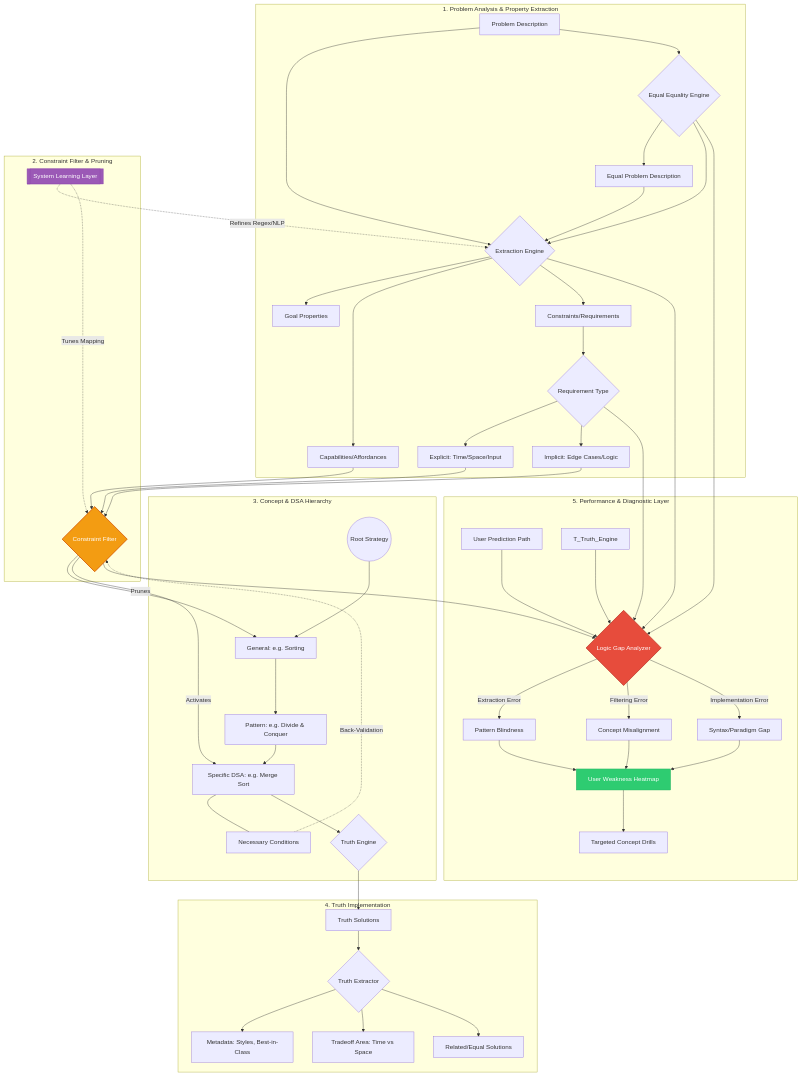
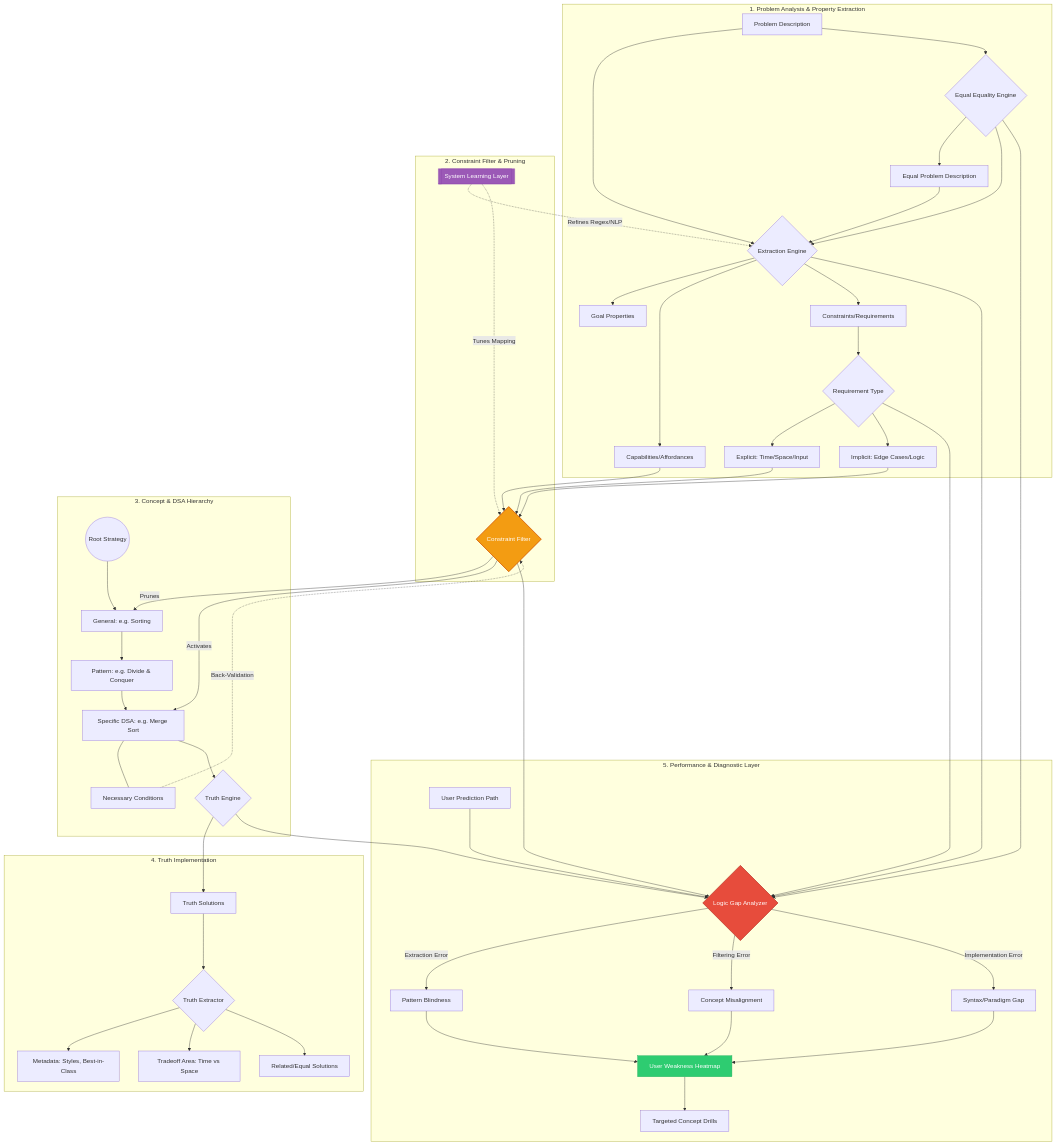
One commit to tbrumbaugh5396/another_code_trainer changed the diagram in README.md. Above: the diagram before and after it, drawn with Mermaid. The commit also changed 1 other file, not shown here.

````diff
--- a/README.md
+++ b/README.md
@@ -1,81 +1,81 @@
 ```mermaid
 graph TD
     %% --- LAYER 1: DATA INGESTION & FEATURE EXTRACTION ---
     subgraph Ingestion_Layer [1. Problem Analysis & Property Extraction]
         P_Raw[Problem Description]         --> P_Analytic{Extraction Engine}
         P_Raw                              --> Equality_Engine{Equal Equality Engine}
         
         Equality_Engine                    --> P_Raw_Equal[Equal Problem Description]
         
 
         P_Analytic                         --> P_Goal[Goal Properties]
         P_Analytic                         --> P_Cap[Capabilities/Affordances]
         P_Analytic                         --> P_Con[Constraints/Requirements]
         
         P_Con                              --> Req_Type{Requirement Type}
         Req_Type                           --> Req_Exp[Explicit: Time/Space/Input]
         Req_Type                           --> Req_Imp[Implicit: Edge Cases/Logic]
 
         Equality_Engine                    --> P_Analytic
         P_Raw_Equal                        --> P_Analytic
     end
 
     %% --- LAYER 2: THE INTERMEDIATE LOGIC GATE ---
     subgraph Logic_Gate [2. Constraint Filter & Pruning]
         P_Cap & Req_Exp & Req_Imp          --> CF_Gate{Constraint Filter}
         
         %% Component Learning (System)
         Sys_Learn[[System Learning Layer]] -.->|Refines Regex/NLP| P_Analytic
         Sys_Learn                          -.->|Tunes Mapping| CF_Gate
     end
 
     %% --- LAYER 3: CONCEPTUAL TAXONOMY (The Tree) ---
     subgraph Concept_Hierarchy [3. Concept & DSA Hierarchy]
         C_Root((Root Strategy))            --> C_General[General: e.g. Sorting]
         C_General                          --> C_Pattern[Pattern: e.g. Divide & Conquer]
         C_Pattern                          --> C_DSA[Specific DSA: e.g. Merge Sort]
         
         CF_Gate                            -->|Prunes| C_General
         CF_Gate                            -->|Activates| C_DSA
         
         C_DSA                              --- C_Nec[Necessary Conditions]
         C_Nec                              -.->|Back-Validation| CF_Gate
 
         C_DSA                              --> Truth_Engine{Truth Engine}
     end
 
     %% --- LAYER 4: SOLUTION OUTCOMES ---
     subgraph Solution_Outcomes [4. Truth Implementation]
         Truth_Engine                       --> T_Sol[Truth Solutions]
 
         T_Sol                              --> T_Truth_Extractor{Truth Extractor}
         T_Truth_Extractor                  --> S_Meta[Metadata: Styles, Best-in-Class]
         T_Truth_Extractor                  --> S_Trade[Tradeoff Area: Time vs Space]
         T_Truth_Extractor                  --> S_Rel[Related/Equal Solutions]
 
 
     end
 
     %% --- LAYER 5: THE USER LEARNING LAYER (The Performance Tracker) ---
     subgraph User_Learning [5. Performance & Diagnostic Layer]
         User_Input[User Prediction Path]   --> Compare{Logic Gap Analyzer}
-        T_Truth_Engine                     --> Compare
+        Truth_Engine                       --> Compare
         CF_Gate                            --> Compare
         Equality_Engine                    --> Compare
         P_Analytic                         --> Compare
         Req_Type                           --> Compare
         
         Compare                            -->|Extraction Error| D_Pattern[Pattern Blindness]
         Compare                            -->|Filtering Error| D_Logic[Concept Misalignment]
         Compare                            -->|Implementation Error| D_Skill[Syntax/Paradigm Gap]
         
         D_Pattern & D_Logic & D_Skill      --> Heatmap[User Weakness Heatmap]
         Heatmap                            --> Recommendation[Targeted Concept Drills]
     end
 
     %% Styling
     style CF_Gate fill:#f39c12,stroke:#d35400,stroke-width:2px,color:#fff
     style Sys_Learn fill:#9b59b6,stroke:#8e44ad,color:#fff
     style Compare fill:#e74c3c,stroke:#c0392b,stroke-width:2px,color:#fff
     style Heatmap fill:#2ecc71,stroke:#27ae60,color:#fff
 ```
````
